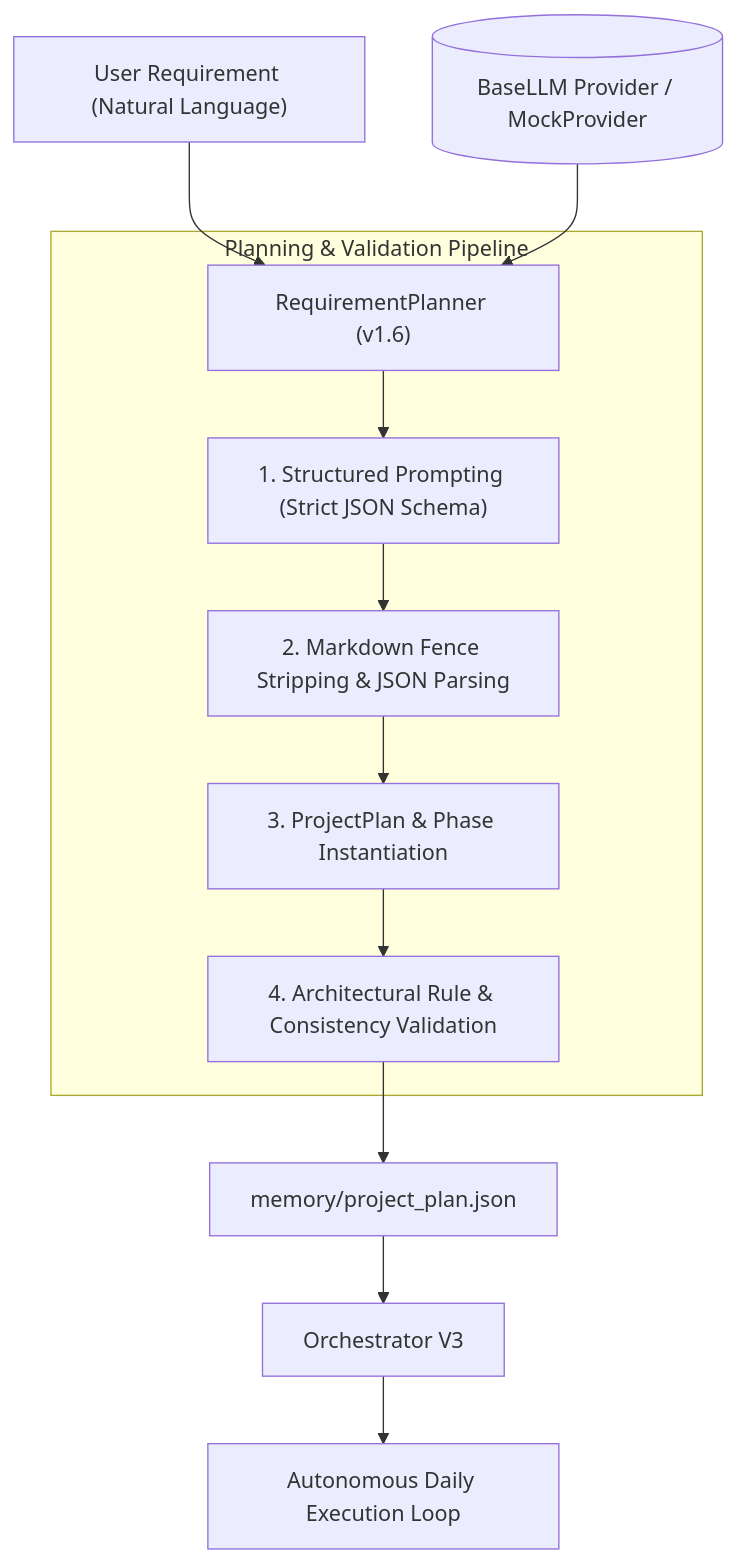
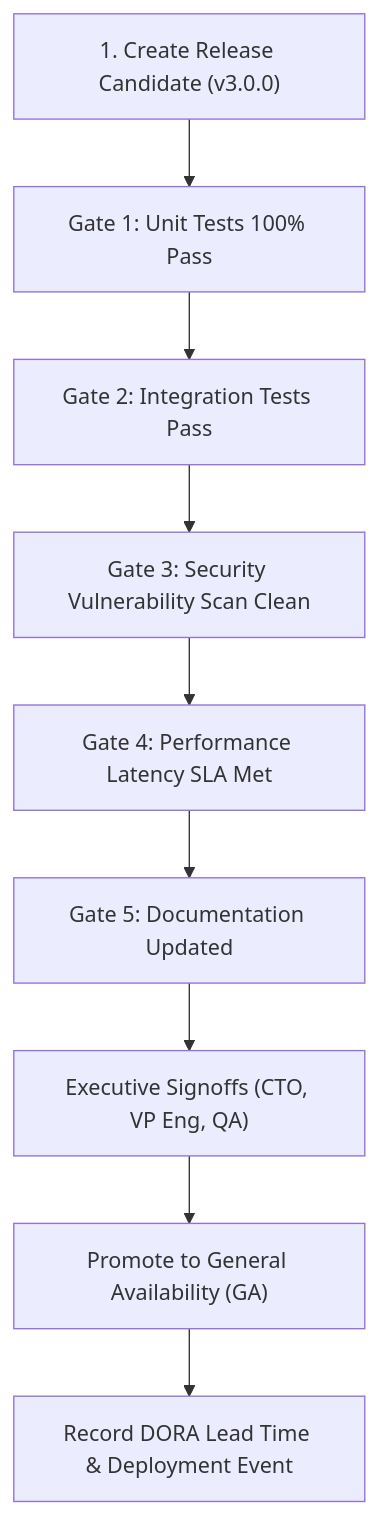
One commit to legion0069/AutoDev-Agent changed the tenth of 14 diagrams in README.md. Above: the diagram before and after it, drawn with Mermaid. The commit also changed other lines of this file and 553 other files, not shown here.

Commit message:
feat(v3.7): enterprise multi-agent federation, distributed execution, and autonomous company ecosystem

````diff
--- a/README.md
+++ b/README.md
@@ -594,16 +432,11 @@
 ```mermaid
 flowchart TD
-    UserReq["User Requirement (Natural Language)"] --> RP["RequirementPlanner (v1.6)"]
-    LLM[("BaseLLM Provider / MockProvider")] --> RP
-    
-    subgraph Planning [Planning & Validation Pipeline]
-        RP --> Prompt["1. Structured Prompting (Strict JSON Schema)"]
-        Prompt --> Parse["2. Markdown Fence Stripping & JSON Parsing"]
-        Parse --> Spec["3. ProjectPlan & Phase Instantiation"]
-        Spec --> Val["4. Architectural Rule & Consistency Validation"]
-    end
-    
-    Val --> PlanFile["memory/project_plan.json"]
-    PlanFile --> Orch["Orchestrator V3"]
-    Orch --> Exec["Autonomous Daily Execution Loop"]
+    Candidate["1. Create Release Candidate (v3.0.0)"] --> Gate1["Gate 1: Unit Tests 100% Pass"]
+    Gate1 --> Gate2["Gate 2: Integration Tests Pass"]
+    Gate2 --> Gate3["Gate 3: Security Vulnerability Scan Clean"]
+    Gate3 --> Gate4["Gate 4: Performance Latency SLA Met"]
+    Gate4 --> Gate5["Gate 5: Documentation Updated"]
+    Gate5 --> Signoff["Executive Signoffs (CTO, VP Eng, QA)"]
+    Signoff --> Promote["Promote to General Availability (GA)"]
+    Promote --> DORA["Record DORA Lead Time & Deployment Event"]
 ```
````
